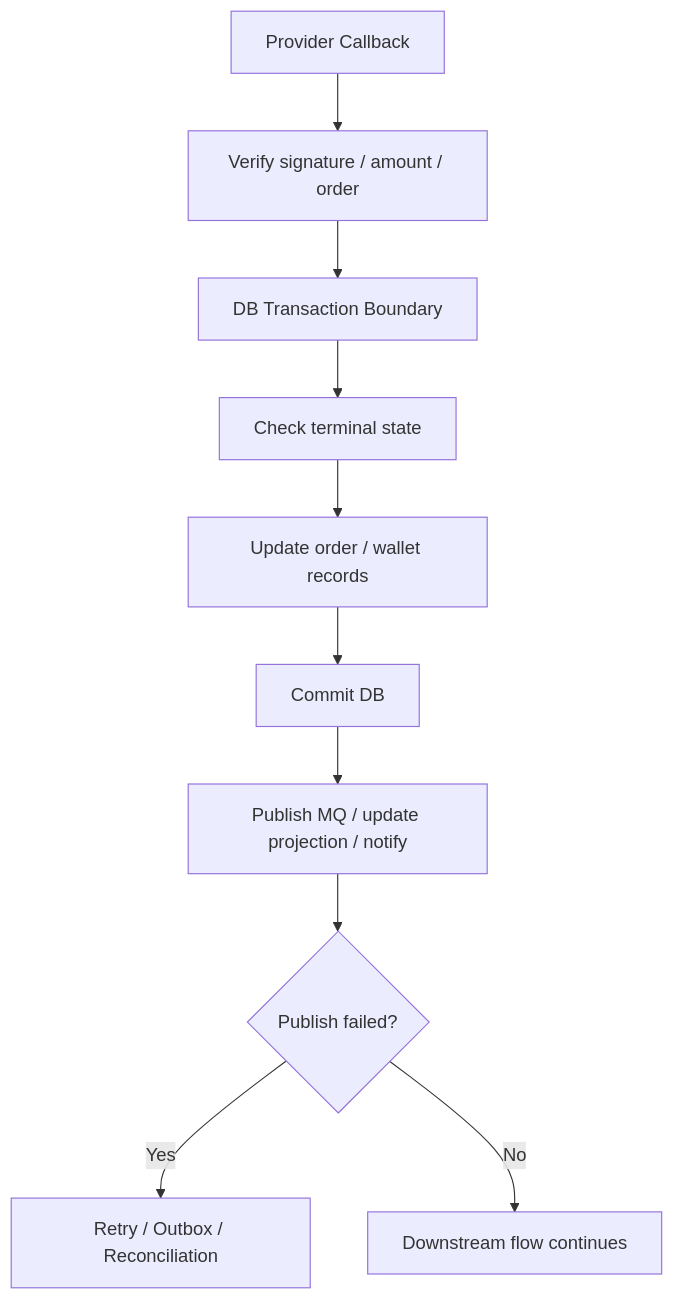
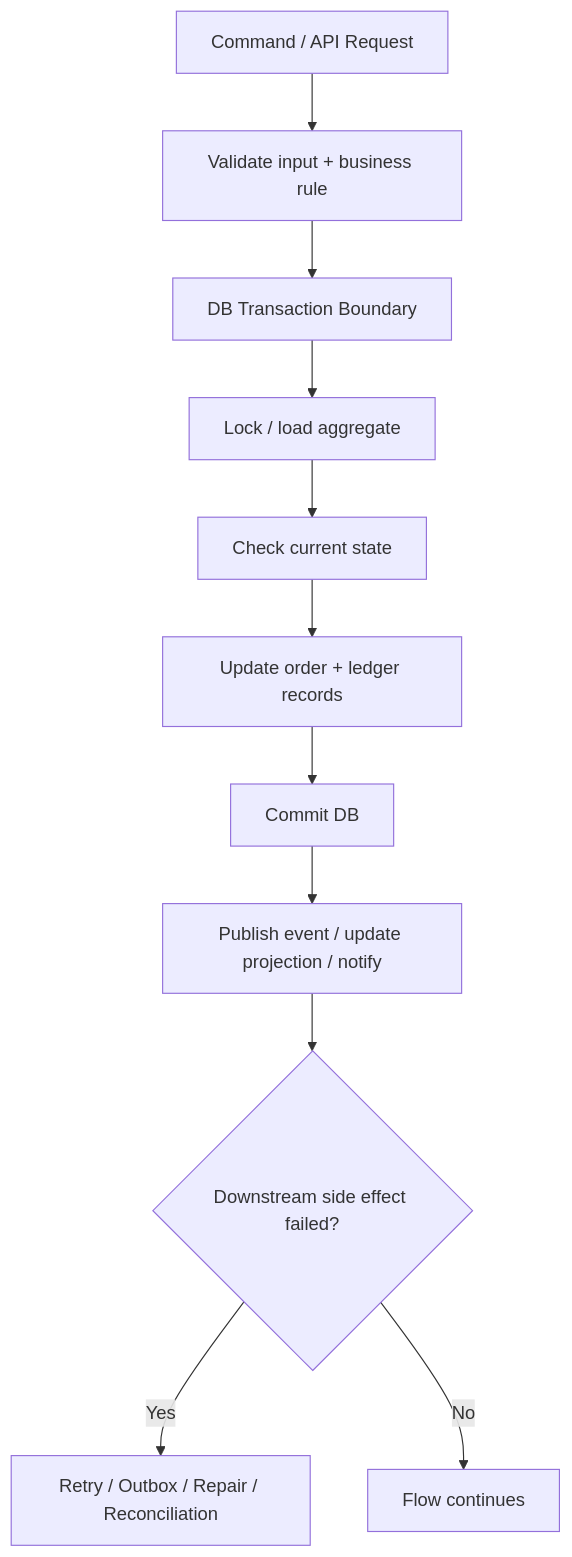
One commit to 10gt12nc/nick-vault changed the first of 2 diagrams in senior-owner-playbook/backend-learning-log.md. Above: the diagram before and after it, drawn with Mermaid. The commit also changed other lines of this file, not shown here.

````diff
--- a/senior-owner-playbook/backend-learning-log.md
+++ b/senior-owner-playbook/backend-learning-log.md
@@ -125,12 +129,13 @@
 ```mermaid
 flowchart TD
-  A["Provider Callback"] --> B["Verify signature / amount / order"]
+  A["Command / API Request"] --> B["Validate input + business rule"]
   B --> C["DB Transaction Boundary"]
-  C --> D["Check terminal state"]
-  D --> E["Update order / wallet records"]
-  E --> F["Commit DB"]
-  F --> G["Publish MQ / update projection / notify"]
-  G --> H{"Publish failed?"}
-  H -->|Yes| I["Retry / Outbox / Reconciliation"]
-  H -->|No| J["Downstream flow continues"]
+  C --> D["Lock / load aggregate"]
+  D --> E["Check current state"]
+  E --> F["Update order + ledger records"]
+  F --> G["Commit DB"]
+  G --> H["Publish event / update projection / notify"]
+  H --> I{"Downstream side effect failed?"}
+  I -->|Yes| J["Retry / Outbox / Repair / Reconciliation"]
+  I -->|No| K["Flow continues"]
 ```
````
